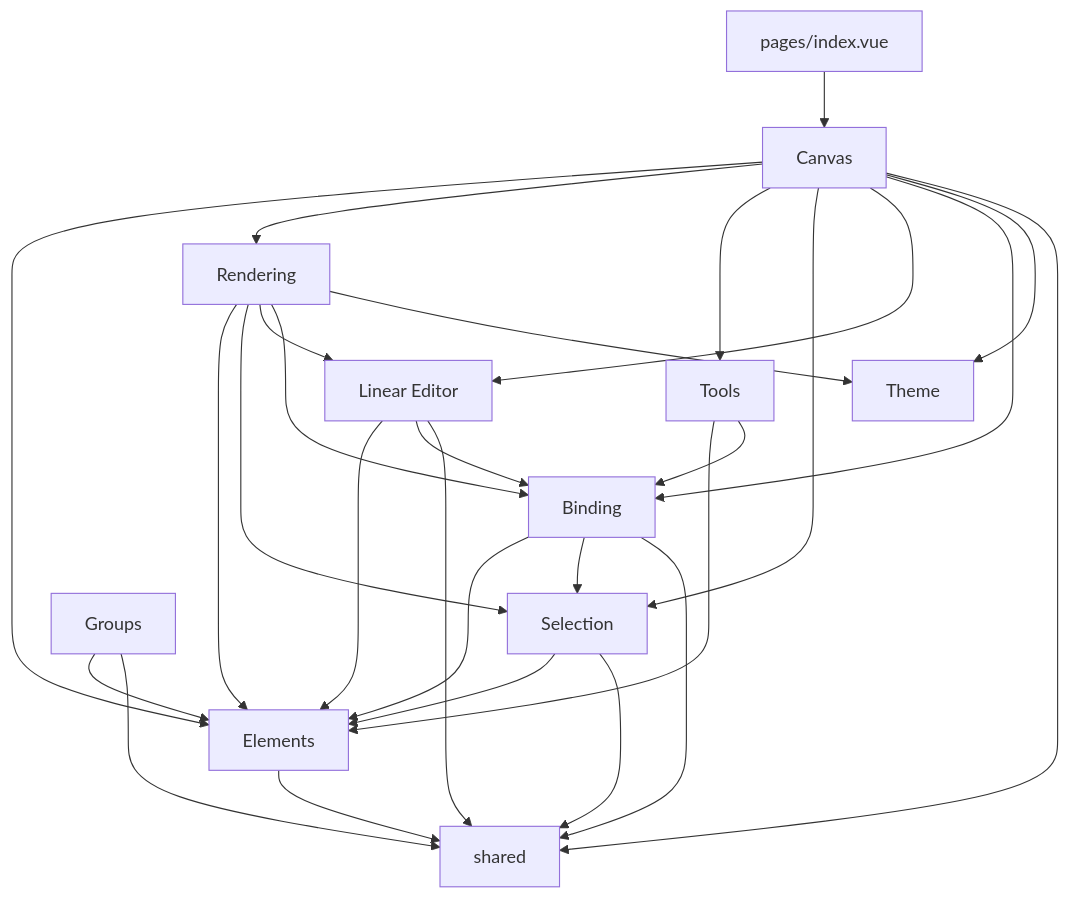
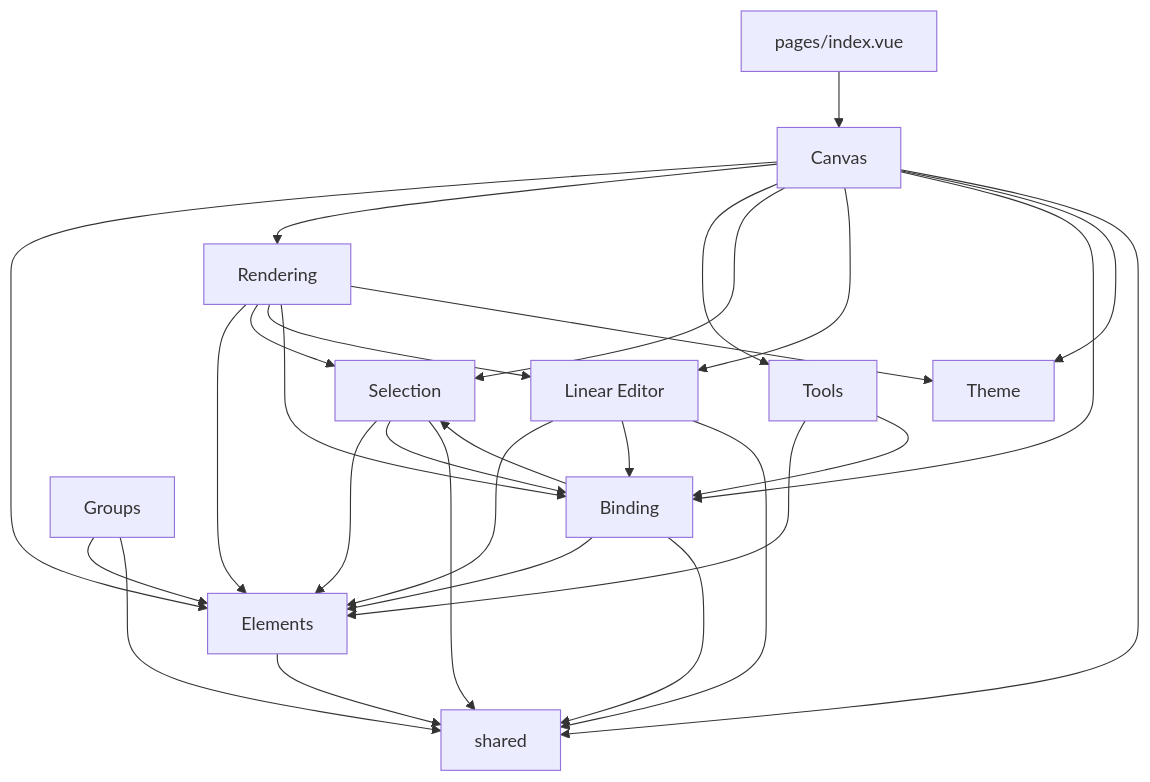
Before and after one commit to alexanderop/excalidrawNuxt: the diagram in docs/SYSTEM_KNOWLEDGE_MAP.md, drawn with Mermaid. The commit also changed other lines of this file and 30 other files, not shown here.

````diff
--- a/docs/SYSTEM_KNOWLEDGE_MAP.md
+++ b/docs/SYSTEM_KNOWLEDGE_MAP.md
@@ -23,37 +23,38 @@
 ```mermaid
 graph TD
     Pages[pages/index.vue] --> Canvas
     Canvas --> Elements
     Canvas --> Rendering
     Canvas --> Tools
     Canvas --> Selection
     Canvas --> LinearEditor[Linear Editor]
     Canvas --> Binding
     Canvas --> Theme
 
     Tools --> Elements
     Tools --> Binding
 
     Rendering --> Elements
     Rendering --> Selection
     Rendering --> LinearEditor
     Rendering --> Binding
     Rendering --> Theme
 
     Selection --> Elements
+    Selection --> Binding
 
     LinearEditor --> Elements
     LinearEditor --> Binding
 
     Binding --> Elements
     Binding --> Selection
 
     Groups --> Elements
 
     Elements --> shared
     Canvas --> shared
     Selection --> shared
     LinearEditor --> shared
     Binding --> shared
     Groups --> shared
 ```
````
